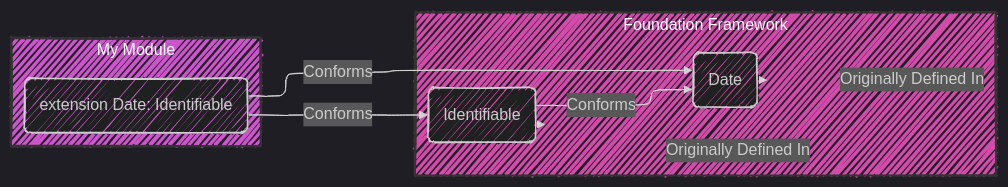
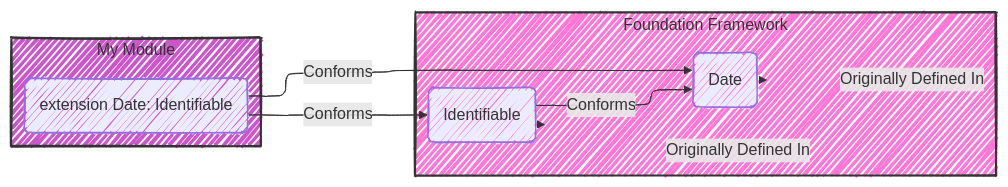
One commit to CongLeSolutionX/iOS-development-vault changed the third of 9 diagrams in Swift_Language/Warning_for_Retroactive_Conformances_of_External_Types.md. Above: the diagram before and after it, drawn with Mermaid. The commit also changed other lines of this file and 16 other files, not shown here.

````diff
--- a/Swift_Language/Warning_for_Retroactive_Conformances_of_External_Types.md
+++ b/Swift_Language/Warning_for_Retroactive_Conformances_of_External_Types.md
@@ -128,30 +134,30 @@
 ```mermaid
 ---
 config:
   layout: elk
   look: handDrawn
-  theme: dark
+  theme: default
 ---
 graph LR
     subgraph Foundation["Foundation Framework"]
         A(Date)
         B(Identifiable)
         B -- "Conforms"-->A
     end
     
     subgraph MyModule["My Module"]
         C(extension Date: Identifiable)
         C -- "Conforms" -->A
         C -- "Conforms" -->B
     end
     
     A -- "Originally Defined In" --> Foundation
     B -- "Originally Defined In" --> Foundation
 
 style Foundation fill:#f5cc,stroke:#333,stroke-width:2px
 style MyModule fill:#c5cf,stroke:#333,stroke-width:2px
 
 classDef detail fill:#f59f,stroke:#333,stroke-width:1px
 class Foundation,MyModule detail;
 
 ```
````
